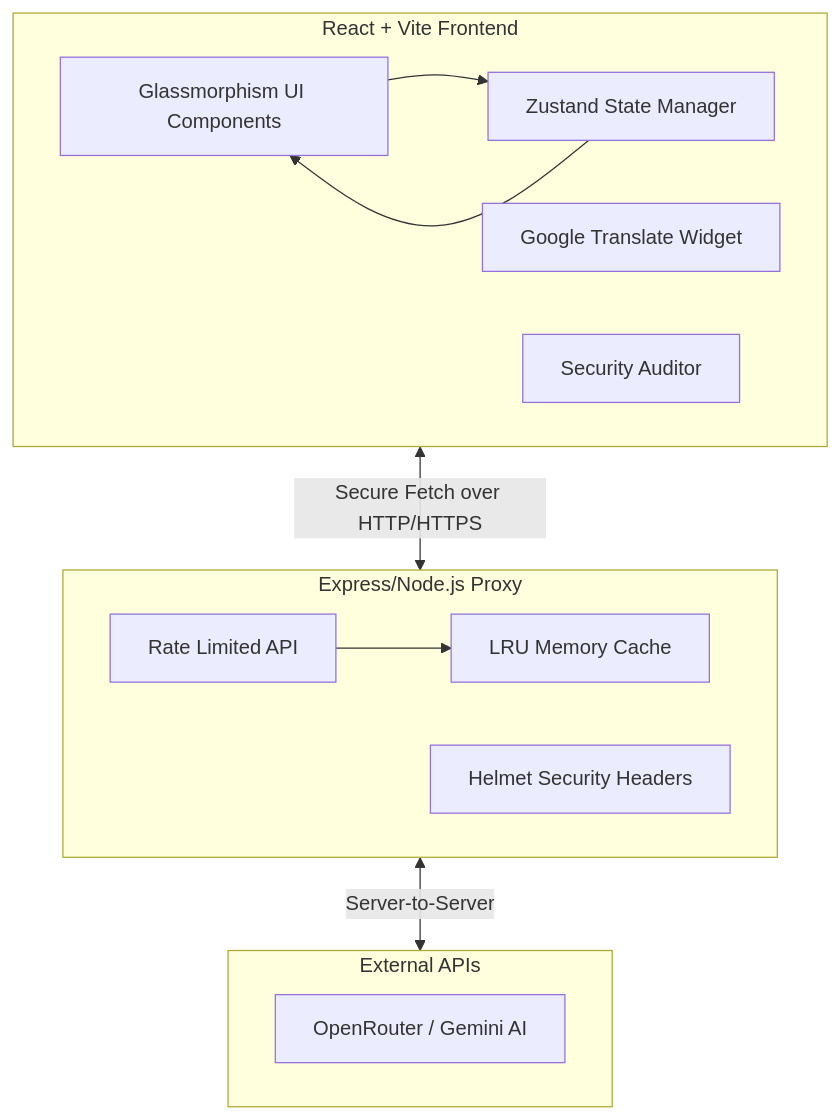
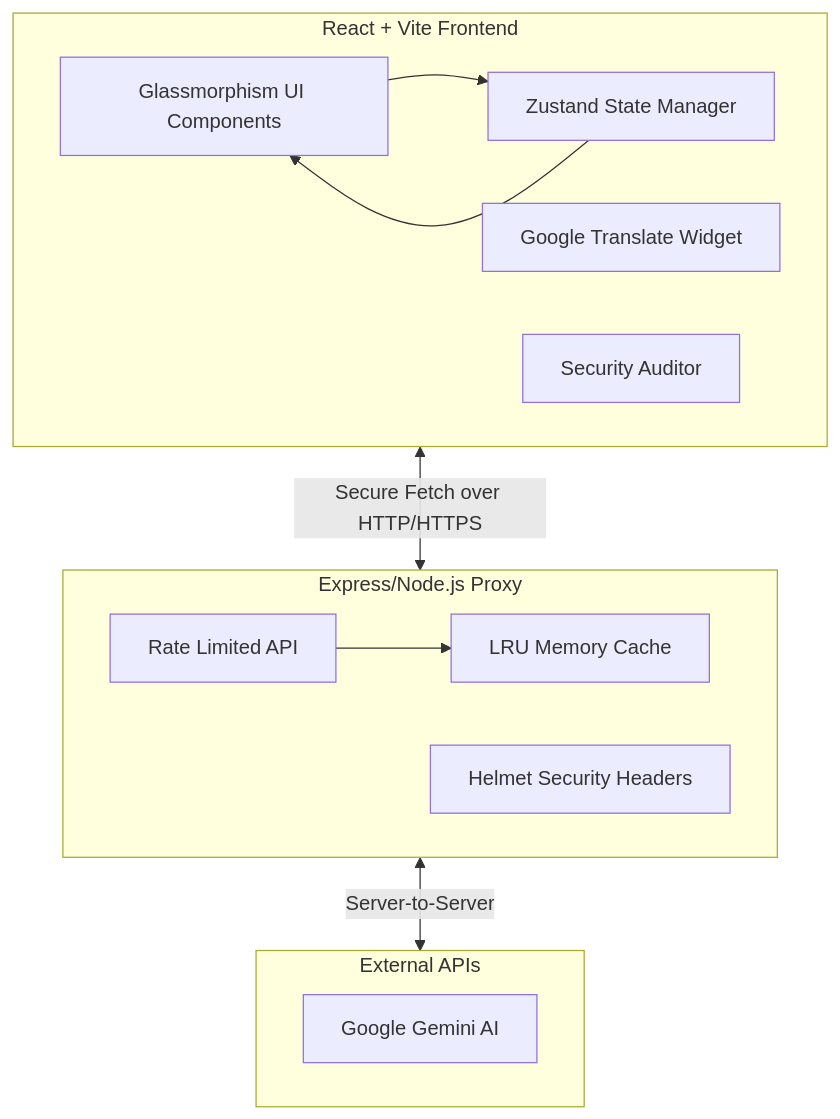
One commit to Siva-2511/Carbonfootprint changed the diagram in README.md. Above: the diagram before and after it, drawn with Mermaid. The commit also changed other lines of this file and 14 other files, not shown here.

````diff
--- a/README.md
+++ b/README.md
@@ -28,27 +23,27 @@
 ```mermaid
 graph TD
     subgraph Frontend [React + Vite Frontend]
         UI[Glassmorphism UI Components]
         Store[Zustand State Manager]
         I18n[Google Translate Widget]
         Sec[Security Auditor]
         
         UI --> Store
         Store --> UI
     end
     
     subgraph Backend [Express/Node.js Proxy]
         API[Rate Limited API]
         Cache[LRU Memory Cache]
         Headers[Helmet Security Headers]
         
         API --> Cache
     end
     
     subgraph External [External APIs]
-        OR[OpenRouter / Gemini AI]
+        OR[Google Gemini AI]
     end
     
     Frontend <-->|Secure Fetch over HTTP/HTTPS| Backend
     Backend <-->|Server-to-Server| External
 ```
````
